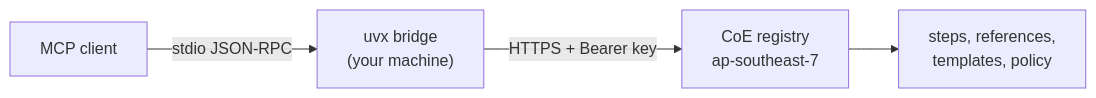
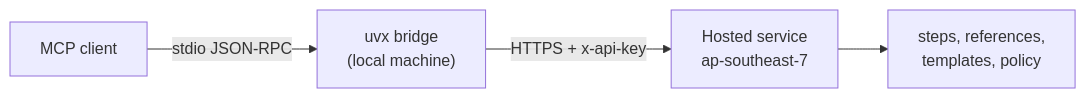
Before and after one commit to AIDLC-KIRO/msclabs.agent-registry: the diagram in aidlc.kiro/mcp/README.md, drawn with Mermaid. The commit also changed other lines of this file and 8 other files, not shown here.

````diff
--- a/aidlc.kiro/mcp/README.md
+++ b/aidlc.kiro/mcp/README.md
@@ -34,6 +43,6 @@
 ```mermaid
 flowchart LR
-  C[MCP client] -- stdio JSON-RPC --> B["uvx bridge<br/>(your machine)"]
-  B -- "HTTPS + Bearer key" --> R["CoE registry<br/>ap-southeast-7"]
+  C[MCP client] -- stdio JSON-RPC --> B["uvx bridge<br/>(local machine)"]
+  B -- "HTTPS + x-api-key" --> R["Hosted service<br/>ap-southeast-7"]
   R --> W[steps, references,<br/>templates, policy]
 ```
````
